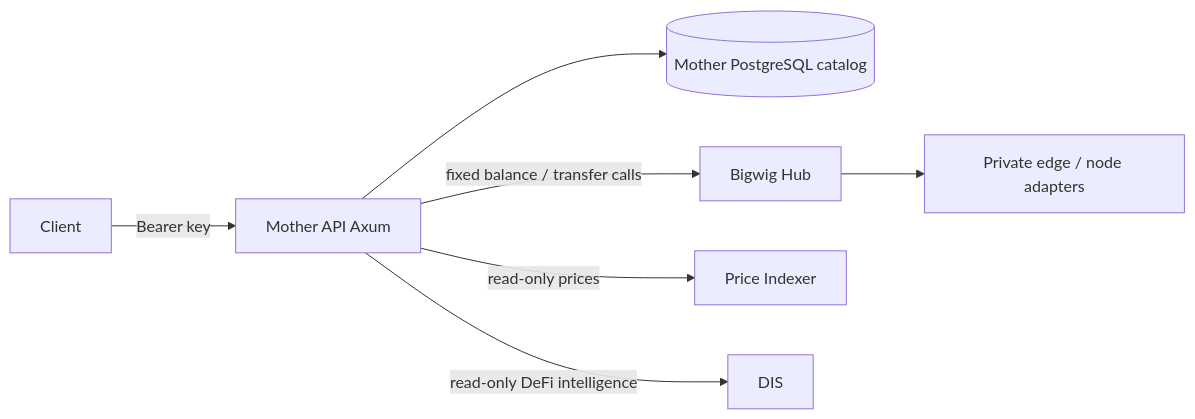
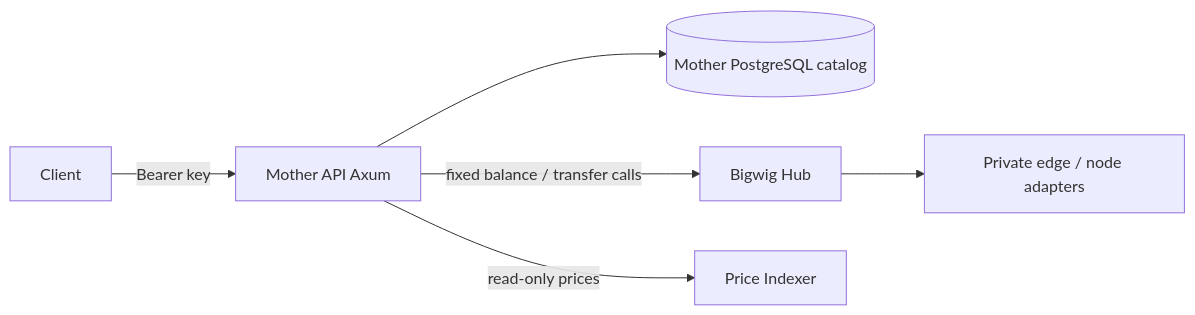
Before and after one commit to Iron-Burrow/iron-burrow-mother-api-rs: the first of 7 diagrams in docs/rfcs/RFC-003 - Mother API El Vasco Architecture.md, drawn with Mermaid. The commit also changed other lines of this file and 4 other files, not shown here.

````diff
--- a/docs/rfcs/RFC-003 - Mother API El Vasco Architecture.md
+++ b/docs/rfcs/RFC-003 - Mother API El Vasco Architecture.md
@@ -173,9 +173,8 @@
 ```mermaid
 flowchart LR
   Client -->|Bearer key| Mother[Mother API Axum]
   Mother --> Catalog[(Mother PostgreSQL catalog)]
   Mother -->|fixed balance / transfer calls| Bigwig[Bigwig Hub]
   Bigwig --> Edge[Private edge / node adapters]
   Mother -->|read-only prices| PriceIndexer[Price Indexer]
-  Mother -->|read-only DeFi intelligence| DIS[DIS]
 ```
````
